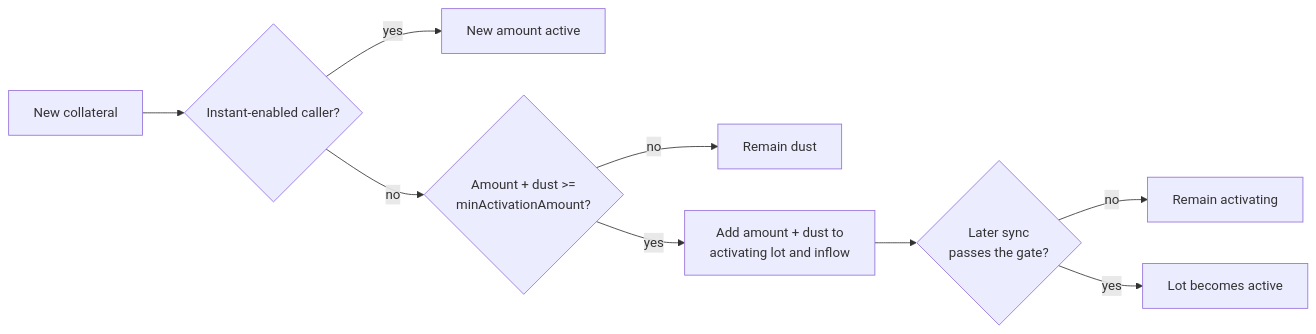
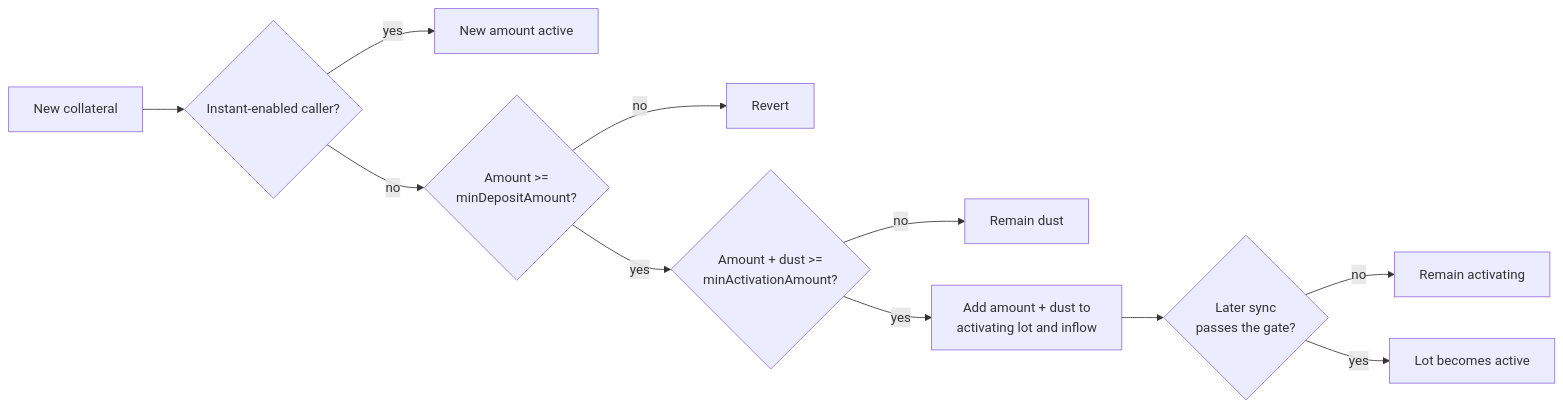
The diagram in docs/specs/market-controller.md (lidofinance/lend-markets), drawn with Mermaid before and after one commit. The commit also changed other lines of this file and 31 other files, not shown here.

Commit message:
feat(controller): add collateral deposit floor

````diff
--- a/docs/specs/market-controller.md
+++ b/docs/specs/market-controller.md
@@ -90,11 +90,13 @@
 ```mermaid
 flowchart LR
     New["New collateral"] --> Instant{"Instant-enabled caller?"}
     Instant -->|"yes"| ActiveNow["New amount active"]
-    Instant -->|"no"| Minimum{"Amount + dust >=<br/>minActivationAmount?"}
+    Instant -->|"no"| Floor{"Amount >=<br/>minDepositAmount?"}
+    Floor -->|"no"| Reject["Revert"]
+    Floor -->|"yes"| Minimum{"Amount + dust >=<br/>minActivationAmount?"}
     Minimum -->|"no"| Dust["Remain dust"]
     Minimum -->|"yes"| Activating["Add amount + dust to<br/>activating lot and inflow"]
     Activating --> Gate{"Later sync<br/>passes the gate?"}
     Gate -->|"no"| Waiting["Remain activating"]
     Gate -->|"yes"| ActiveLater["Lot becomes active"]
 ```
````
